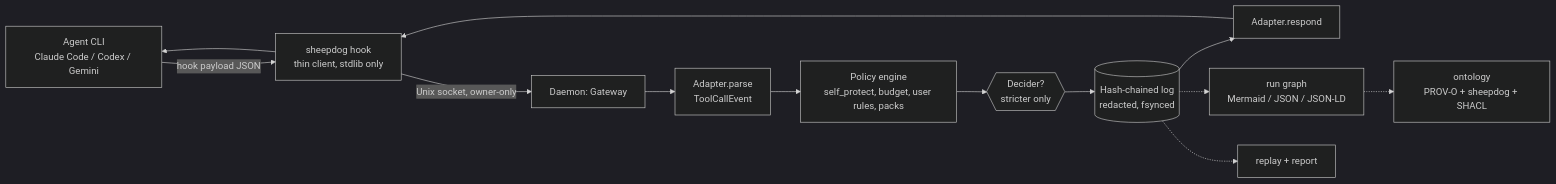
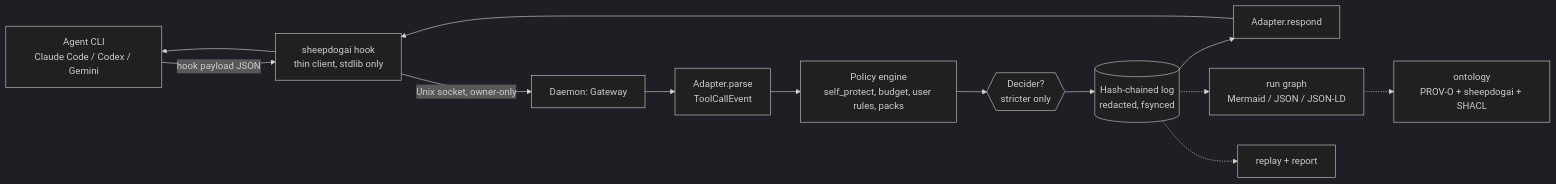
One commit to neoparadigm/sheepdog changed the first of 2 diagrams in docs/architecture.md. Above: the diagram before and after it, drawn with Mermaid (dark theme). The commit also changed other lines of this file and 98 other files, not shown here.

Commit message:
Rename CLI/config/state/env/ontology prefix to sheepdogai; /sheepdog kept as short chat alias (/sheepdogai too); refresh bench numbers

````diff
--- a/docs/architecture.md
+++ b/docs/architecture.md
@@ -3,14 +3,14 @@
 ```mermaid
 flowchart LR
-  A[Agent CLI<br/>Claude Code / Codex / Gemini] -- hook payload JSON --> H[sheepdog hook<br/>thin client, stdlib only]
+  A[Agent CLI<br/>Claude Code / Codex / Gemini] -- hook payload JSON --> H[sheepdogai hook<br/>thin client, stdlib only]
   H -- Unix socket, owner-only --> D[Daemon: Gateway]
   D --> AD[Adapter.parse<br/>ToolCallEvent]
   AD --> E[Policy engine<br/>self_protect, budget, user rules, packs]
   E --> DE{{Decider?<br/>stricter only}}
   DE --> L[(Hash-chained log<br/>redacted, fsynced)]
   L --> R[Adapter.respond]
   R --> H --> A
   L -.-> G[run graph<br/>Mermaid / JSON / JSON-LD]
   L -.-> RP[replay + report]
-  G -.-> O[ontology<br/>PROV-O + sheepdog + SHACL]
+  G -.-> O[ontology<br/>PROV-O + sheepdogai + SHACL]
 ```
````
